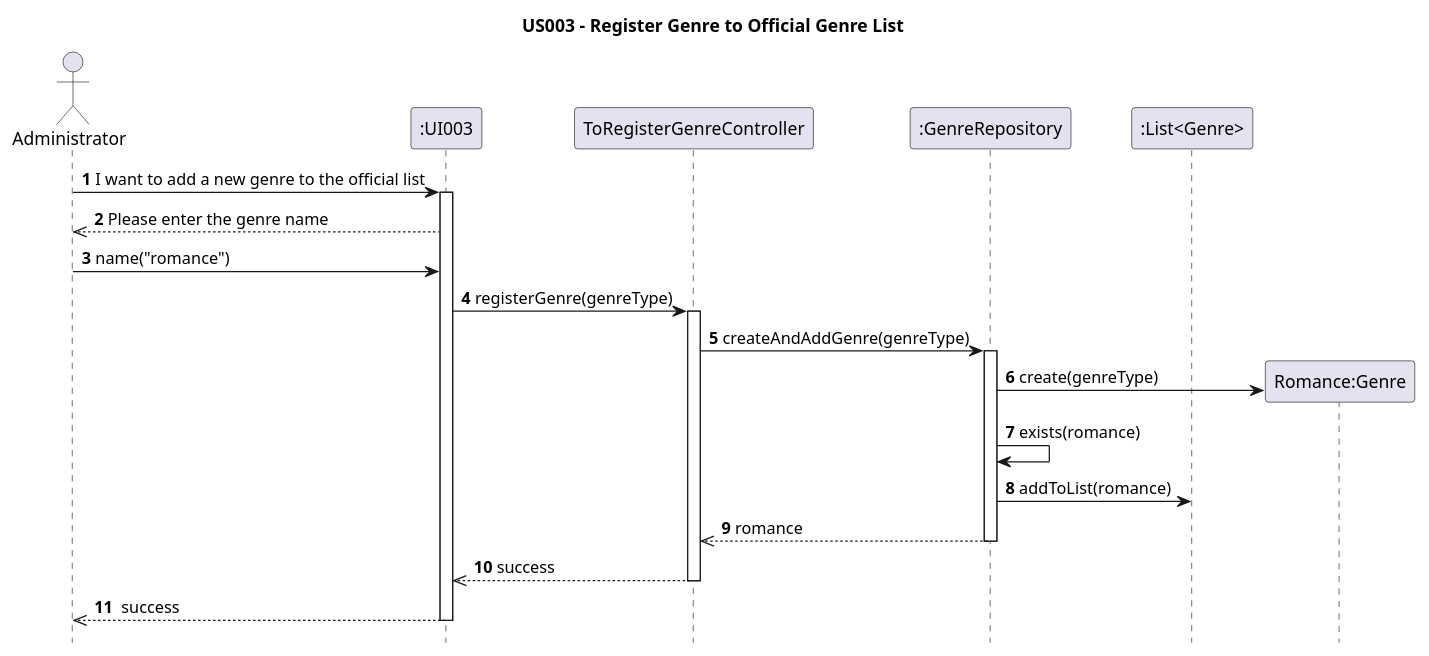
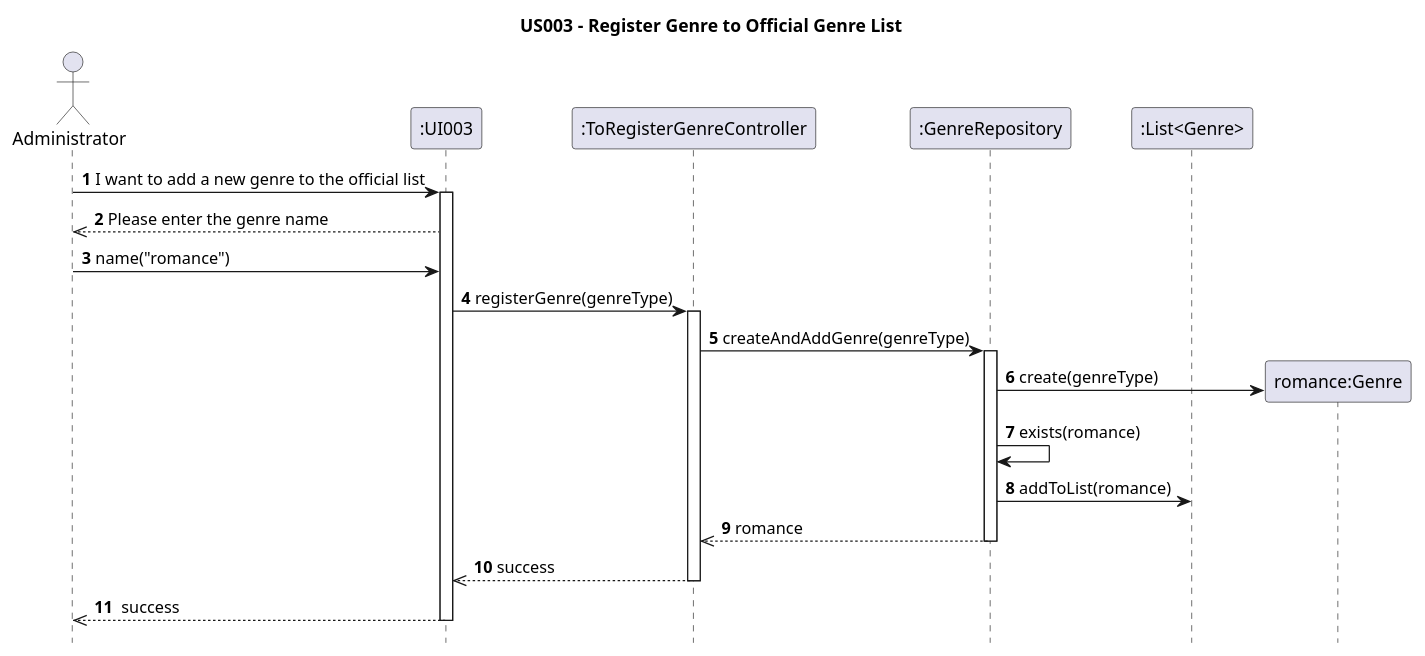
Before and after one commit to AndrePereiraGitH/SWitCH-Project-Team_A: the diagram in Diagrams/SequenceDiagrams/N2/US003 -To-add-a-publication-genre-to-the-genre-list.puml, drawn with PlantUML.

Commit message:
Working on #79, improved SD

```diff
--- a/Diagrams/SequenceDiagrams/N2/US003 -To-add-a-publication-genre-to-the-genre-list.puml
+++ b/Diagrams/SequenceDiagrams/N2/US003 -To-add-a-publication-genre-to-the-genre-list.puml
@@ -1,45 +1,45 @@
 @startuml
 hide footbox
 title US003 - Register Genre to Official Genre List
 
 
 actor Administrator
 participant ":UI003" as UI
 
-participant "ToRegisterGenreController" as RegisterGenreController
+participant ":ToRegisterGenreController" as RegisterGenreController
 
 participant ":GenreRepository" as GenreRepository
 participant ":List<Genre>" as LG
 
 Administrator -> UI : **1** I want to add a new genre to the official list
 
 activate UI
 
 UI -->> Administrator : **2** Please enter the genre name
 Administrator -> UI : **3** name("romance")
 
 
 UI -> RegisterGenreController : **4** registerGenre(genreType)
 activate RegisterGenreController
 
 RegisterGenreController -> GenreRepository : **5** createAndAddGenre(genreType)
 activate GenreRepository
 
-  create "Romance:Genre" as Genre
+  create "romance:Genre" as Genre
 
   GenreRepository -> Genre : **6** create(genreType)
   GenreRepository -> GenreRepository : **7** exists(romance)
 
   GenreRepository -> LG : **8** addToList(romance)
   GenreRepository  -->> RegisterGenreController : **9** romance
 
 
 deactivate GenreRepository
 
 RegisterGenreController -->> UI : **10** success
 deactivate RegisterGenreController
 
 UI -->> Administrator : **11**  success
 deactivate UI
 
 @enduml
```
